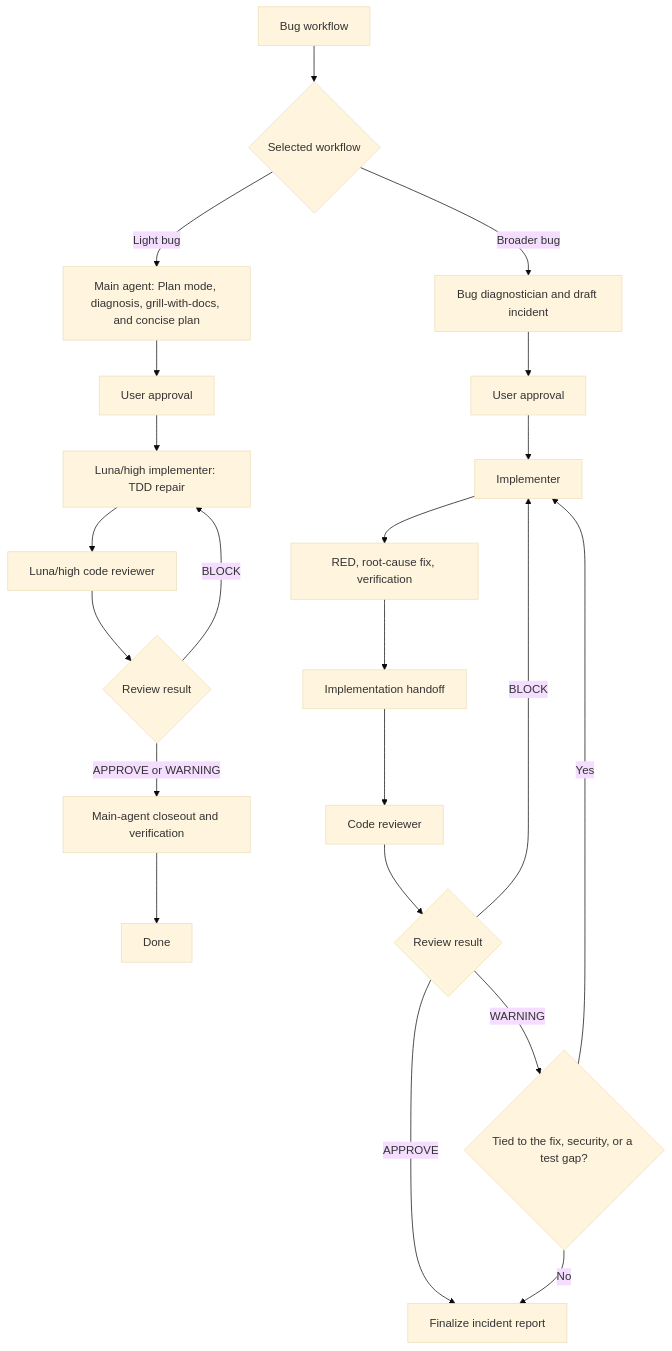
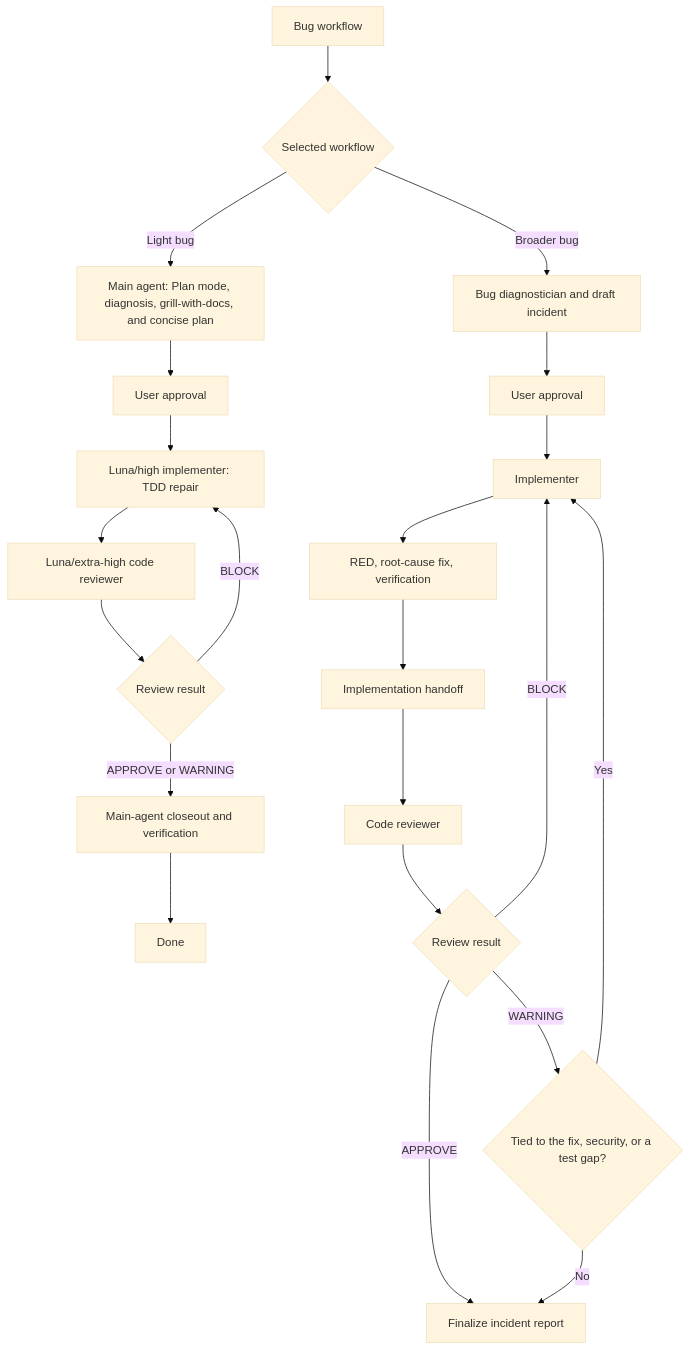
The fourth of 4 diagrams in README.md (aloilor/lean-coding-agent), drawn with Mermaid (base theme) before and after one commit. The commit also changed other lines of this file and 5 other files, not shown here.

````diff
--- a/README.md
+++ b/README.md
@@ -130,24 +130,24 @@
 ```mermaid
 flowchart TD
     A[Bug workflow] --> B{Selected workflow}
     B -->|Light bug| C[Main agent: Plan mode, diagnosis, grill-with-docs, and concise plan]
     C --> D[User approval]
     D --> E[Luna/high implementer: TDD repair]
-    E --> F[Luna/high code reviewer]
+    E --> F[Luna/extra-high code reviewer]
     F --> G{Review result}
     G -->|BLOCK| E
     G -->|APPROVE or WARNING| H[Main-agent closeout and verification]
     H --> N[Done]
     B -->|Broader bug| I[Bug diagnostician and draft incident]
     I --> J[User approval]
     J --> M[Implementer]
     M --> P[RED, root-cause fix, verification]
     P --> Q[Implementation handoff]
     Q --> R[Code reviewer]
     R --> S{Review result}
     S -->|APPROVE| T[Finalize incident report]
     S -->|BLOCK| M
     S -->|WARNING| U{Tied to the fix, security, or a test gap?}
     U -->|Yes| M
     U -->|No| T
 ```
````
